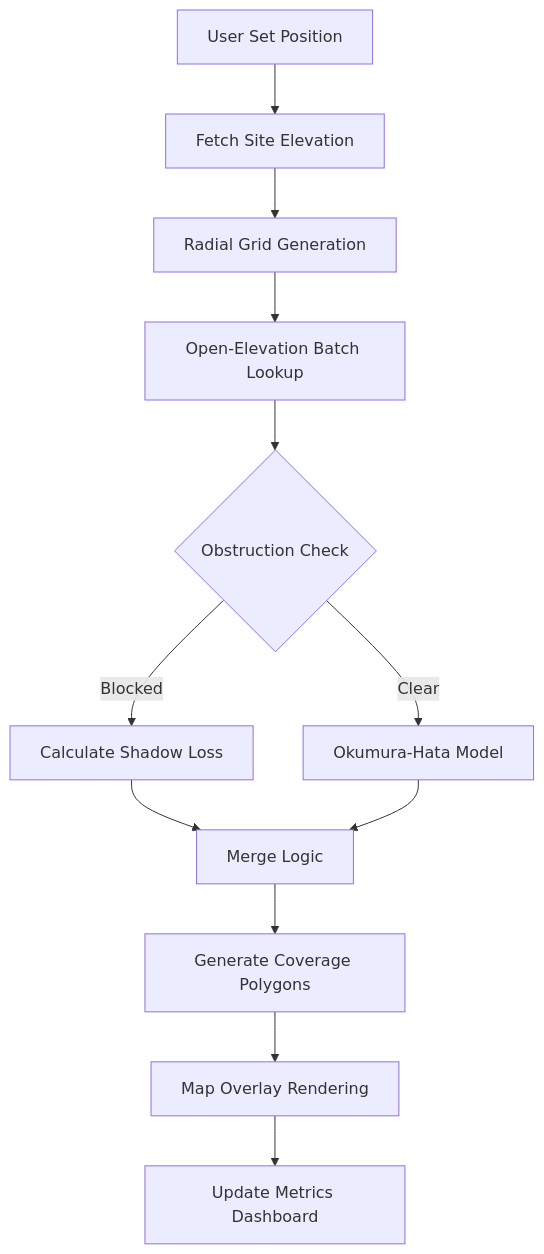
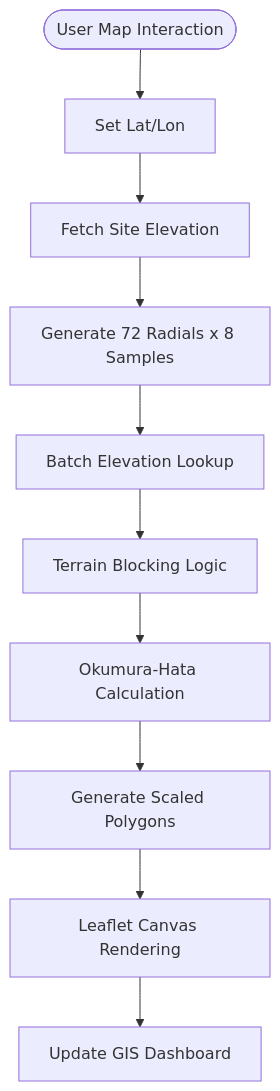
Before and after one commit to 9M2PJU/9M2PJU-Amateur-Radio-Signals-Coverage-Map: the diagram in README.md, drawn with Mermaid. The commit also changed other lines of this file, not shown here.

````diff
--- a/README.md
+++ b/README.md
@@ -48,14 +65,12 @@
 ```mermaid
 graph TD
-    A[User Set Position] --> B[Fetch Site Elevation]
-    B --> C[Radial Grid Generation]
-    C --> D[Open-Elevation Batch Lookup]
-    D --> E{Obstruction Check}
-    E -- Blocked --> F[Calculate Shadow Loss]
-    E -- Clear --> G[Okumura-Hata Model]
-    F --> H[Merge Logic]
-    G --> H
-    H --> I[Generate Coverage Polygons]
-    I --> J[Map Overlay Rendering]
-    J --> K[Update Metrics Dashboard]
+    User([User Map Interaction]) --> Pos[Set Lat/Lon]
+    Pos --> Elev[Fetch Site Elevation]
+    Elev --> Grid[Generate 72 Radials x 8 Samples]
+    Grid --> API[Batch Elevation Lookup]
+    API --> Shadow[Terrain Blocking Logic]    
+    Shadow --> Hata[Okumura-Hata Calculation]
+    Hata --> Poly[Generate Scaled Polygons]
+    Poly --> Render[Leaflet Canvas Rendering]
+    Render --> Metrics[Update GIS Dashboard]
 ```
````
